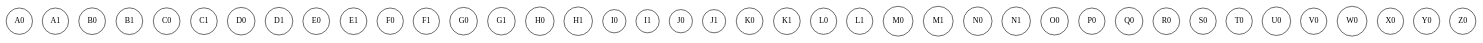
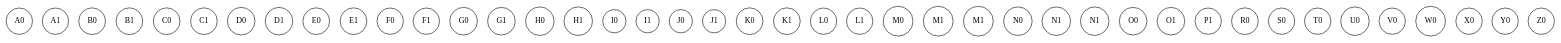
One commit to mfer/ptasgig changed the diagram in reports/tree.gv. Above: the diagram before and after it, drawn with Graphviz. The commit also changed 5 other files, not shown here.

```diff
--- a/reports/tree.gv
+++ b/reports/tree.gv
@@ -1,48 +1,50 @@
 digraph bstree {
 
     node [shape = circle];
     graph [ordering="out"];
 
     1 [label = "A0"];
     2 [label = "A1"];
     3 [label = "B0"];
     4 [label = "B1"];
     5 [label = "C0"];
     6 [label = "C1"];
     7 [label = "D0"];
     8 [label = "D1"];
     9 [label = "E0"];
     10 [label = "E1"];
     11 [label = "F0"];
     12 [label = "F1"];
     13 [label = "G0"];
     14 [label = "G1"];
     15 [label = "H0"];
     16 [label = "H1"];
     17 [label = "I0"];
     18 [label = "I1"];
     19 [label = "J0"];
     20 [label = "J1"];
     21 [label = "K0"];
     22 [label = "K1"];
     23 [label = "L0"];
     24 [label = "L1"];
     25 [label = "M0"];
     26 [label = "M1"];
-    27 [label = "N0"];
-    28 [label = "N1"];
-    29 [label = "O0"];
-    30 [label = "P0"];
-    31 [label = "Q0"];
-    32 [label = "R0"];
-    33 [label = "S0"];
-    34 [label = "T0"];
-    35 [label = "U0"];
-    36 [label = "V0"];
-    37 [label = "W0"];
-    38 [label = "X0"];
-    39 [label = "Y0"];
-    40 [label = "Z0"];
+    27 [label = "M1"];
+    28 [label = "N0"];
+    29 [label = "N1"];
+    30 [label = "N1"];
+    31 [label = "O0"];
+    32 [label = "O1"];
+    33 [label = "P1"];
+    34 [label = "R0"];
+    35 [label = "S0"];
+    36 [label = "T0"];
+    37 [label = "U0"];
+    38 [label = "V0"];
+    39 [label = "W0"];
+    40 [label = "X0"];
+    41 [label = "Y0"];
+    42 [label = "Z0"];
 
 
 }
```
